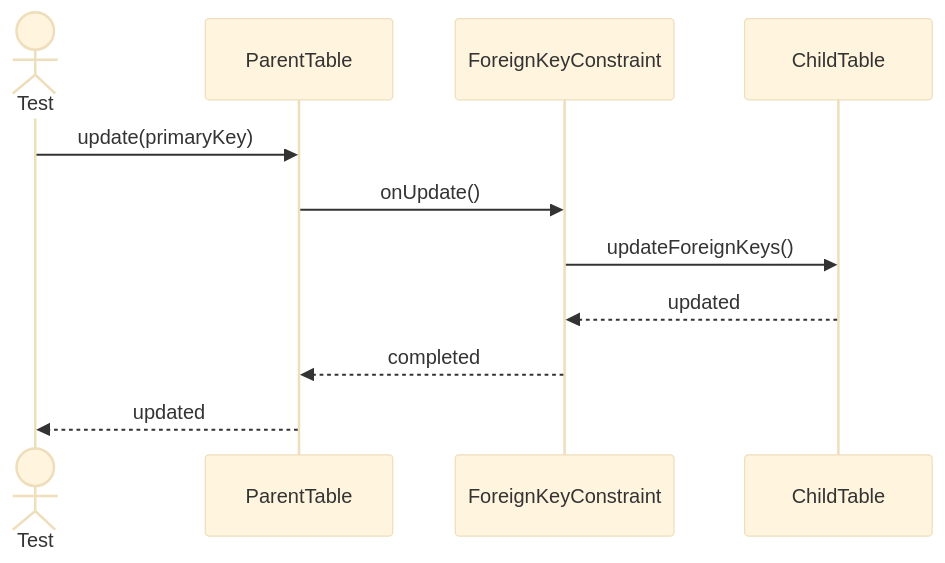
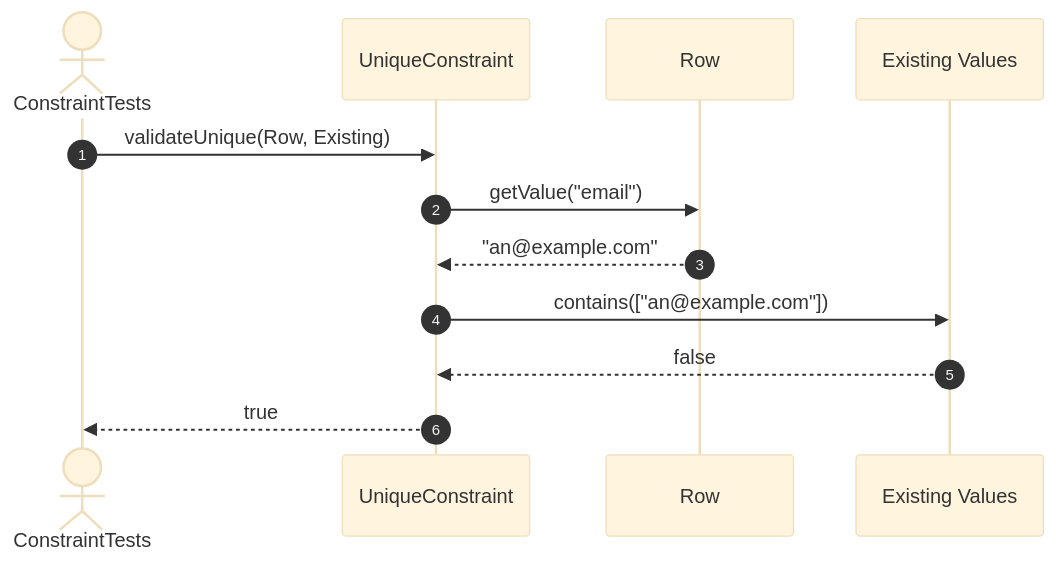
One commit to FhuAnn/-bbv-AN-s-DBMS changed the eighth of 16 diagrams in src/tests/unit/metadata/sequences/constraint-testing.se.md. Above: the diagram before and after it, drawn with Mermaid (base theme). The commit also changed other lines of this file and 60 other files, not shown here.

Commit message:
refactor data table, row, column, constraint, index test file

````diff
--- a/src/tests/unit/metadata/sequences/constraint-testing.se.md
+++ b/src/tests/unit/metadata/sequences/constraint-testing.se.md
@@ -143,19 +127,15 @@
 ```mermaid
 sequenceDiagram
-actor Test
-participant ParentTable
-participant ForeignKeyConstraint
-participant ChildTable
+    autonumber
+    actor Test as ConstraintTests
+    participant Unique as UniqueConstraint
+    participant Row as Row
+    participant Existing as Existing Values
 
-Test->>ParentTable: update(primaryKey)
-
-ParentTable->>ForeignKeyConstraint: onUpdate()
-
-ForeignKeyConstraint->>ChildTable: updateForeignKeys()
-
-ChildTable-->>ForeignKeyConstraint: updated
-
-ForeignKeyConstraint-->>ParentTable: completed
-
-ParentTable-->>Test: updated
+    Test->>Unique: validateUnique(Row, Existing)
+    Unique->>Row: getValue("email")
+    Row-->>Unique: "an@example.com"
+    Unique->>Existing: contains(["an@example.com"])
+    Existing-->>Unique: false
+    Unique-->>Test: true
 ```
````
